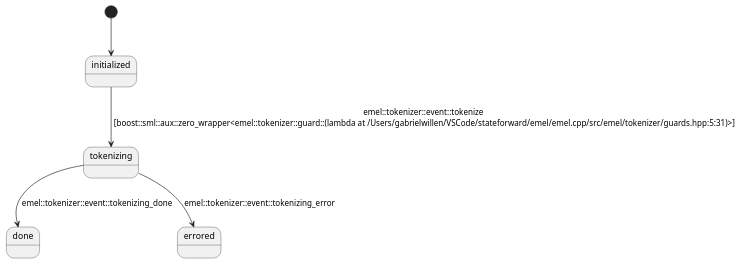
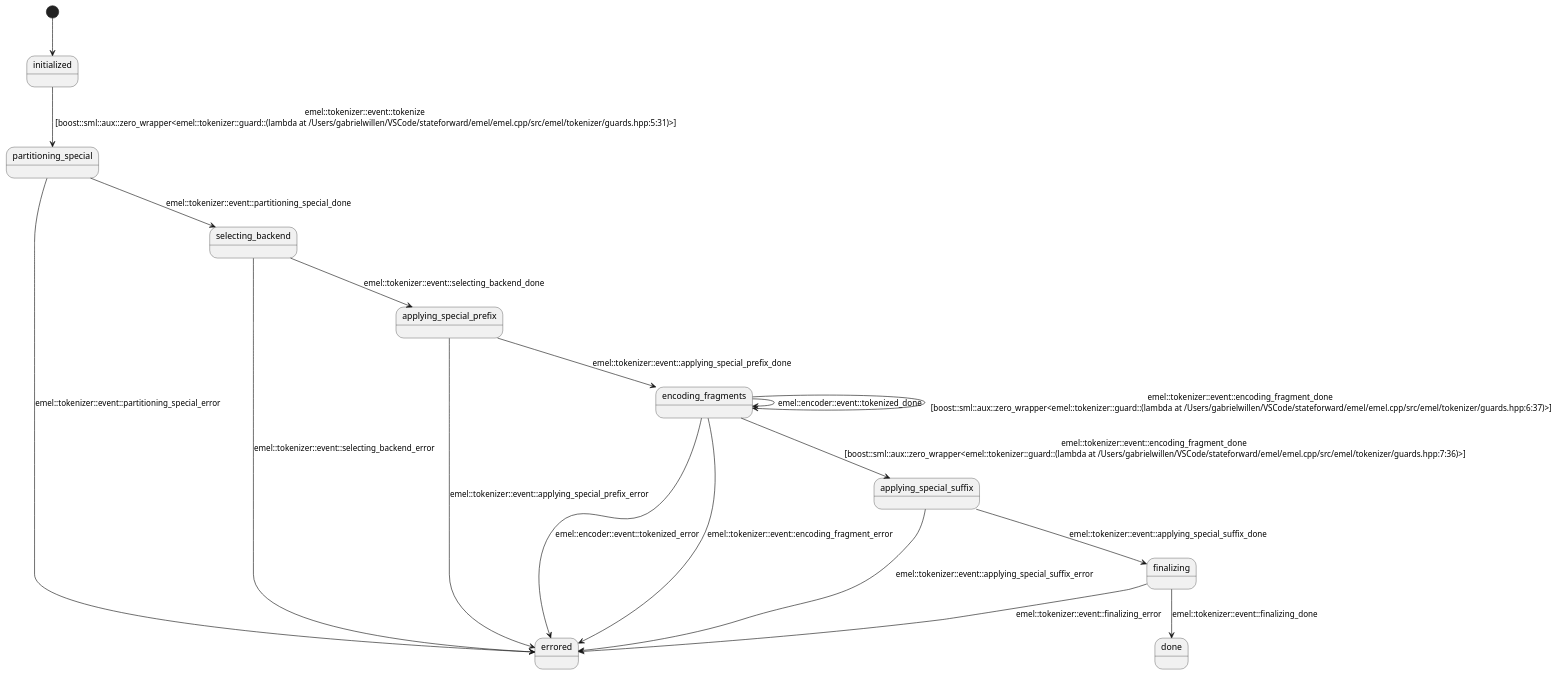
The diagram in docs/architecture/puml/tokenizer.puml (stateforward/emel.cpp), drawn with PlantUML before and after one commit. The commit also changed 73 other files, not shown here.

```diff
--- a/docs/architecture/puml/tokenizer.puml
+++ b/docs/architecture/puml/tokenizer.puml
@@ -1,8 +1,21 @@
 @startuml
 
 [*] --> initialized
-initialized --> tokenizing : emel::tokenizer::event::tokenize\n [boost::sml::aux::zero_wrapper<emel::tokenizer::guard::(lambda at /Users/gabrielwillen/VSCode/stateforward/emel/emel.cpp/src/emel/tokenizer/guards.hpp:5:31)>]
-tokenizing --> done : emel::tokenizer::event::tokenizing_done
-tokenizing --> errored : emel::tokenizer::event::tokenizing_error
+initialized --> partitioning_special : emel::tokenizer::event::tokenize\n [boost::sml::aux::zero_wrapper<emel::tokenizer::guard::(lambda at /Users/gabrielwillen/VSCode/stateforward/emel/emel.cpp/src/emel/tokenizer/guards.hpp:5:31)>]
+partitioning_special --> selecting_backend : emel::tokenizer::event::partitioning_special_done
+partitioning_special --> errored : emel::tokenizer::event::partitioning_special_error
+selecting_backend --> applying_special_prefix : emel::tokenizer::event::selecting_backend_done
+selecting_backend --> errored : emel::tokenizer::event::selecting_backend_error
+applying_special_prefix --> encoding_fragments : emel::tokenizer::event::applying_special_prefix_done
+applying_special_prefix --> errored : emel::tokenizer::event::applying_special_prefix_error
+encoding_fragments --> encoding_fragments : emel::encoder::event::tokenized_done
+encoding_fragments --> errored : emel::encoder::event::tokenized_error
+encoding_fragments --> encoding_fragments : emel::tokenizer::event::encoding_fragment_done\n [boost::sml::aux::zero_wrapper<emel::tokenizer::guard::(lambda at /Users/gabrielwillen/VSCode/stateforward/emel/emel.cpp/src/emel/tokenizer/guards.hpp:6:37)>]
+encoding_fragments --> applying_special_suffix : emel::tokenizer::event::encoding_fragment_done\n [boost::sml::aux::zero_wrapper<emel::tokenizer::guard::(lambda at /Users/gabrielwillen/VSCode/stateforward/emel/emel.cpp/src/emel/tokenizer/guards.hpp:7:36)>]
+encoding_fragments --> errored : emel::tokenizer::event::encoding_fragment_error
+applying_special_suffix --> finalizing : emel::tokenizer::event::applying_special_suffix_done
+applying_special_suffix --> errored : emel::tokenizer::event::applying_special_suffix_error
+finalizing --> done : emel::tokenizer::event::finalizing_done
+finalizing --> errored : emel::tokenizer::event::finalizing_error
 
 @enduml
```
